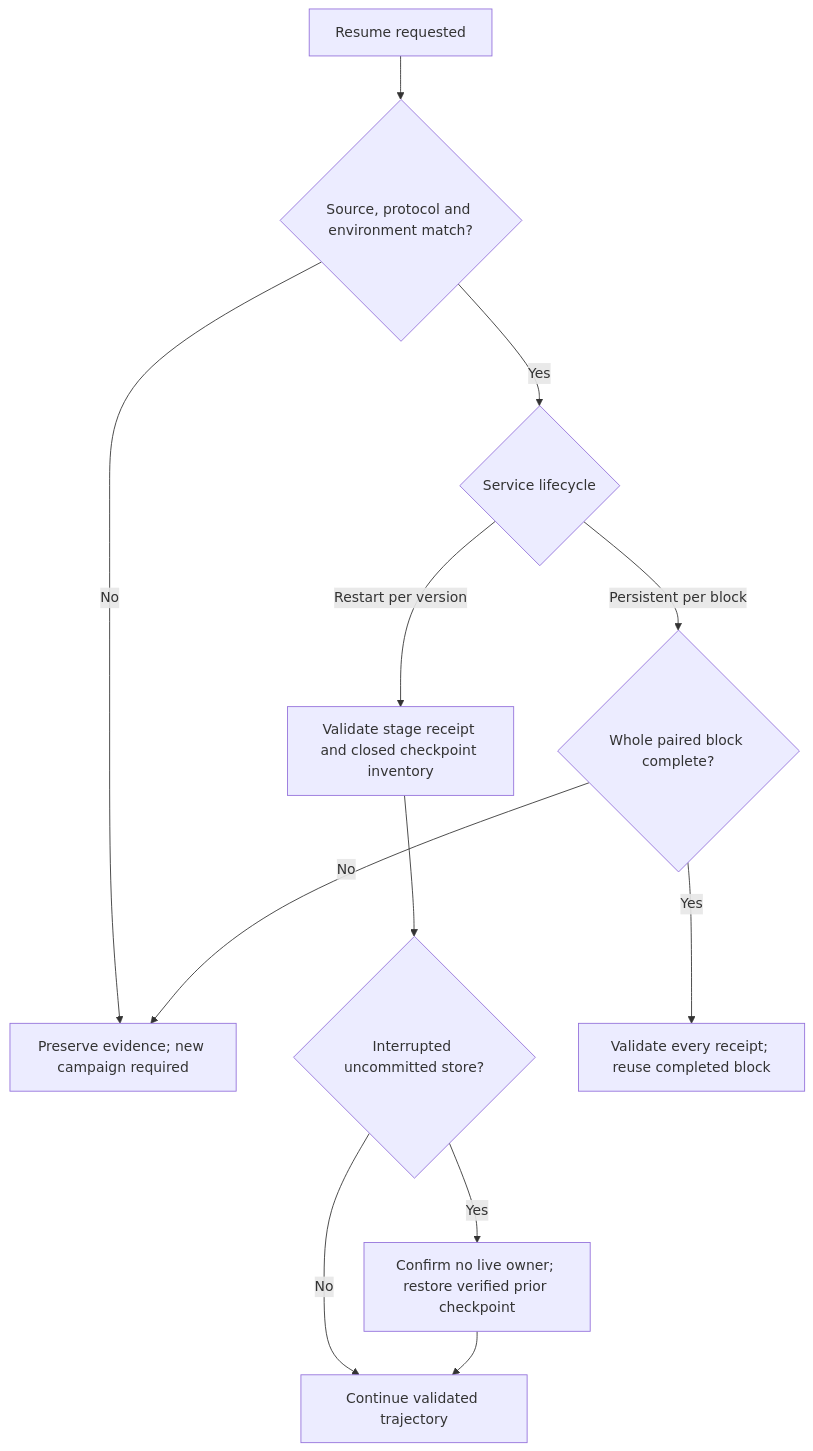
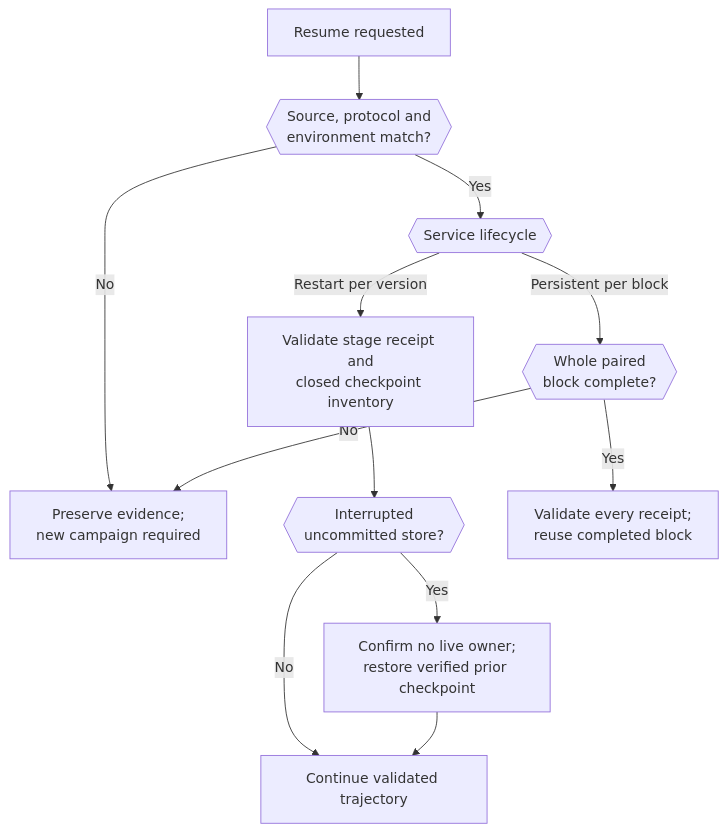
One commit to Grgur00/Aether-Engine changed the third of 3 diagrams in Docs/onboarding/EXPERIMENTS-AND-PROFILING.md. Above: the diagram before and after it, drawn with Mermaid. The commit also changed 15 other files, not shown here.

Commit message:
style: fit handbook diagrams and add expanded view

````diff
--- a/Docs/onboarding/EXPERIMENTS-AND-PROFILING.md
+++ b/Docs/onboarding/EXPERIMENTS-AND-PROFILING.md
@@ -131,14 +131,14 @@
 ```mermaid
 flowchart TD
-    Resume[Resume requested] --> Identity{Source, protocol and environment match?}
-    Identity -->|No| Preserve[Preserve evidence; new campaign required]
-    Identity -->|Yes| Mode{Service lifecycle}
-    Mode -->|Restart per version| Stage[Validate stage receipt and closed checkpoint inventory]
-    Stage --> Partial{Interrupted uncommitted store?}
-    Partial -->|Yes| Restore[Confirm no live owner; restore verified prior checkpoint]
+    Resume[Resume requested] --> Identity{{Source, protocol and<br/>environment match?}}
+    Identity -->|No| Preserve[Preserve evidence;<br/>new campaign required]
+    Identity -->|Yes| Mode{{Service lifecycle}}
+    Mode -->|Restart per version| Stage[Validate stage receipt and<br/>closed checkpoint inventory]
+    Stage --> Partial{{Interrupted<br/>uncommitted store?}}
+    Partial -->|Yes| Restore[Confirm no live owner;<br/>restore verified prior checkpoint]
     Partial -->|No| Continue[Continue validated trajectory]
     Restore --> Continue
-    Mode -->|Persistent per block| Complete{Whole paired block complete?}
-    Complete -->|Yes| Reuse[Validate every receipt; reuse completed block]
+    Mode -->|Persistent per block| Complete{{Whole paired<br/>block complete?}}
+    Complete -->|Yes| Reuse[Validate every receipt;<br/>reuse completed block]
     Complete -->|No| Preserve
 ```
````
